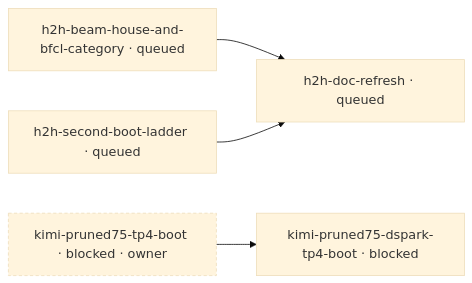
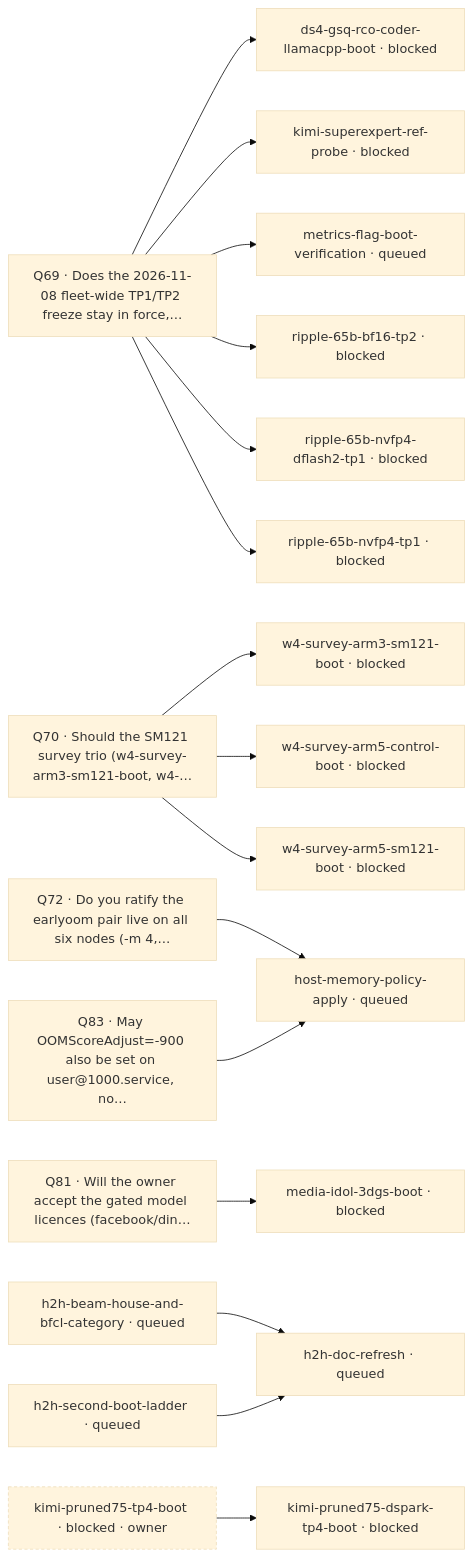
The diagram in mad-science/STATUS.md (littlecedar/sparkrun-recipe-registry), drawn with Mermaid (base theme) before and after one commit. The commit also changed other lines of this file, not shown here.

````diff
--- a/mad-science/STATUS.md
+++ b/mad-science/STATUS.md
@@ -14,13 +13,41 @@
 ```mermaid
 flowchart LR
-  %% 11 blocked, 3 edges, 10 prose-gated, 0 question-gated, 0 question, 22 rows not drawn (--all)
-  t1["h2h-beam-house-and-bfcl-category · queued"]
-  t2["h2h-doc-refresh · queued"]
-  t3["h2h-second-boot-ladder · queued"]
-  t4["kimi-pruned75-dspark-tp4-boot · blocked"]
-  t5["kimi-pruned75-tp4-boot · blocked · owner"]:::no-recorded-edge
-  t1 --> t2
-  t3 --> t2
-  t5 --> t4
+  %% 11 blocked, 3 edges, 1 prose-gated, 9 question-gated, 5 question, 10 rows not drawn (--all)
+  q69["Q69 · Does the 2026-11-08 fleet-wide TP1/TP2 freeze stay in force,…"]
+  q70["Q70 · Should the SM121 survey trio (w4-survey-arm3-sm121-boot, w4-…"]
+  q72["Q72 · Do you ratify the earlyoom pair live on all six nodes (-m 4,…"]
+  q81["Q81 · Will the owner accept the gated model licences (facebook/din…"]
+  q83["Q83 · May OOMScoreAdjust=-900 also be set on user@1000.service, no…"]
+  t1["ds4-gsq-rco-coder-llamacpp-boot · blocked"]
+  t2["h2h-beam-house-and-bfcl-category · queued"]
+  t3["h2h-doc-refresh · queued"]
+  t4["h2h-second-boot-ladder · queued"]
+  t5["host-memory-policy-apply · queued"]
+  t6["kimi-pruned75-dspark-tp4-boot · blocked"]
+  t7["kimi-pruned75-tp4-boot · blocked · owner"]:::no-recorded-edge
+  t8["kimi-superexpert-ref-probe · blocked"]
+  t9["media-idol-3dgs-boot · blocked"]
+  t10["metrics-flag-boot-verification · queued"]
+  t11["ripple-65b-bf16-tp2 · blocked"]
+  t12["ripple-65b-nvfp4-dflash2-tp1 · blocked"]
+  t13["ripple-65b-nvfp4-tp1 · blocked"]
+  t14["w4-survey-arm3-sm121-boot · blocked"]
+  t15["w4-survey-arm5-control-boot · blocked"]
+  t16["w4-survey-arm5-sm121-boot · blocked"]
+  q69 --> t1
+  q69 --> t8
+  q69 --> t10
+  q69 --> t11
+  q69 --> t12
+  q69 --> t13
+  q70 --> t14
+  q70 --> t15
+  q70 --> t16
+  q72 --> t5
+  q81 --> t9
+  q83 --> t5
+  t2 --> t3
+  t4 --> t3
+  t7 --> t6
   classDef no-recorded-edge stroke-dasharray: 4 3
 ```
````
